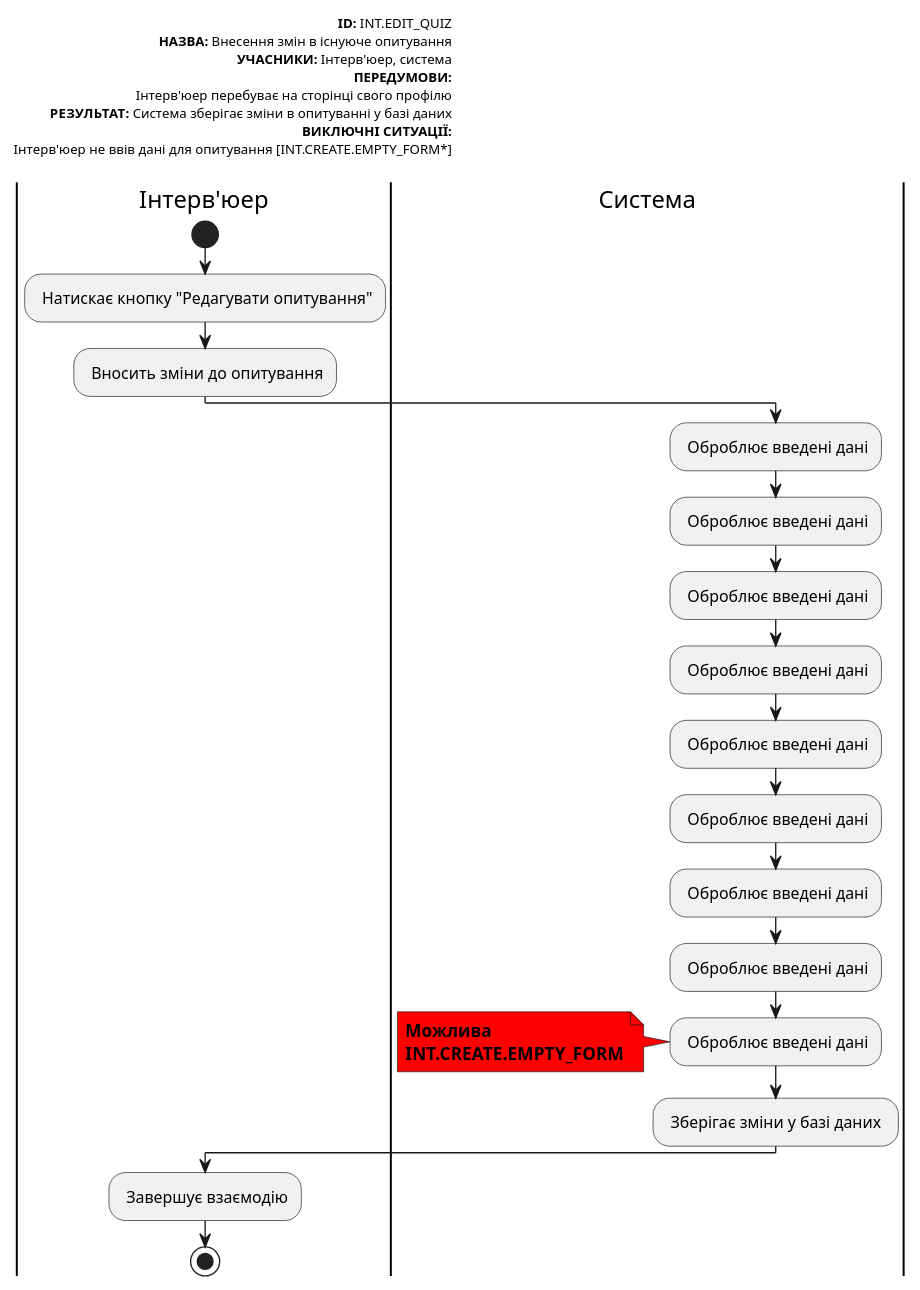
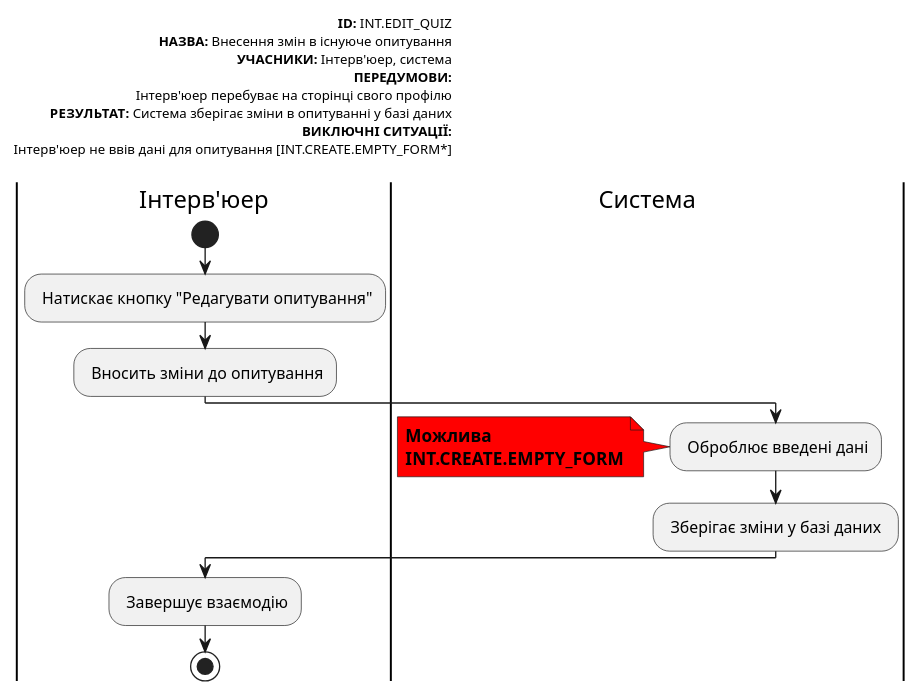
Before and after one commit to michigang1/ImForms: the eighth of 22 diagrams in docs/use cases/README.md, drawn with PlantUML. The commit also changed other lines of this file, not shown here.

Commit message:
Fixed double text problem

```diff
--- a/docs/use cases/README.md
+++ b/docs/use cases/README.md
@@ -240,39 +240,31 @@
 @startuml
 left header
 <font color=000 size=10><b>ID:</b> INT.EDIT_QUIZ
 <font color=000 size=10><b>НАЗВА:</b> Внесення змін в існуюче опитування  
 <font color=000 size=10><b>УЧАСНИКИ:</b> Інтерв'юер, система
 <font color=000 size=10><b>ПЕРЕДУМОВИ:</b>
 <font color=000 size=10> Інтерв'юер перебуває на сторінці свого профілю
 <font color=000 size=10><b>РЕЗУЛЬТАТ:</b> Система зберігає зміни в опитуванні у базі даних
 <font color=000 size=10><b>ВИКЛЮЧНІ СИТУАЦІЇ:</b>
 <font color=000 size=10> Інтерв'юер не ввів дані для опитування [INT.CREATE.EMPTY_FORM*]
 
 end header
 
 |Інтерв'юер|
 start
 : Натискає кнопку "Редагувати опитування";
 : Вносить зміни до опитування;
 
 |Система|
 : Оброблює введені дані;
-: Оброблює введені дані;
-: Оброблює введені дані;
-: Оброблює введені дані;
-: Оброблює введені дані;
-: Оброблює введені дані;
-: Оброблює введені дані;
-: Оброблює введені дані;
-: Оброблює введені дані;
 
         note left #ff0000
         <b>Можлива</b>
         <b>INT.CREATE.EMPTY_FORM</b>
         end note
         : Зберігає зміни у базі даних ;
 
 |Інтерв'юер|
 : Завершує взаємодію;
 stop;
 @enduml
```
